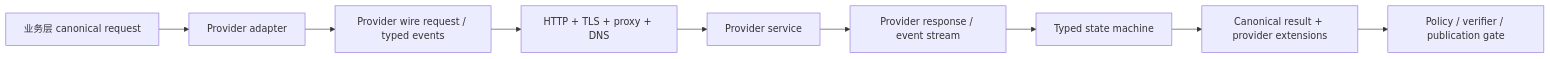
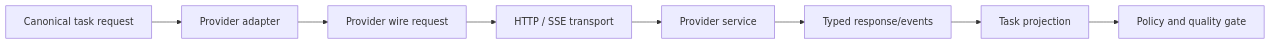
The diagram in docs/models/cloud-api-contracts.md (NightLemon/about-llm), drawn with Mermaid before and after one commit. The commit also changed other lines of this file and 4 other files, not shown here.

````diff
--- a/docs/models/cloud-api-contracts.md
+++ b/docs/models/cloud-api-contracts.md
@@ -40,11 +25,10 @@
-```mermaid
+~~~mermaid
 flowchart LR
-    A["业务层 canonical request"] --> B["Provider adapter"]
-    B --> C["Provider wire request / typed events"]
-    C --> D["HTTP + TLS + proxy + DNS"]
+    A["Canonical task request"] --> B["Provider adapter"]
+    B --> C["Provider wire request"]
+    C --> D["HTTP / SSE transport"]
     D --> E["Provider service"]
-    E --> F["Provider response / event stream"]
-    F --> G["Typed state machine"]
-    G --> H["Canonical result + provider extensions"]
-    H --> I["Policy / verifier / publication gate"]
-```
+    E --> F["Typed response/events"]
+    F --> G["Task projection"]
+    G --> H["Policy and quality gate"]
+~~~
````
